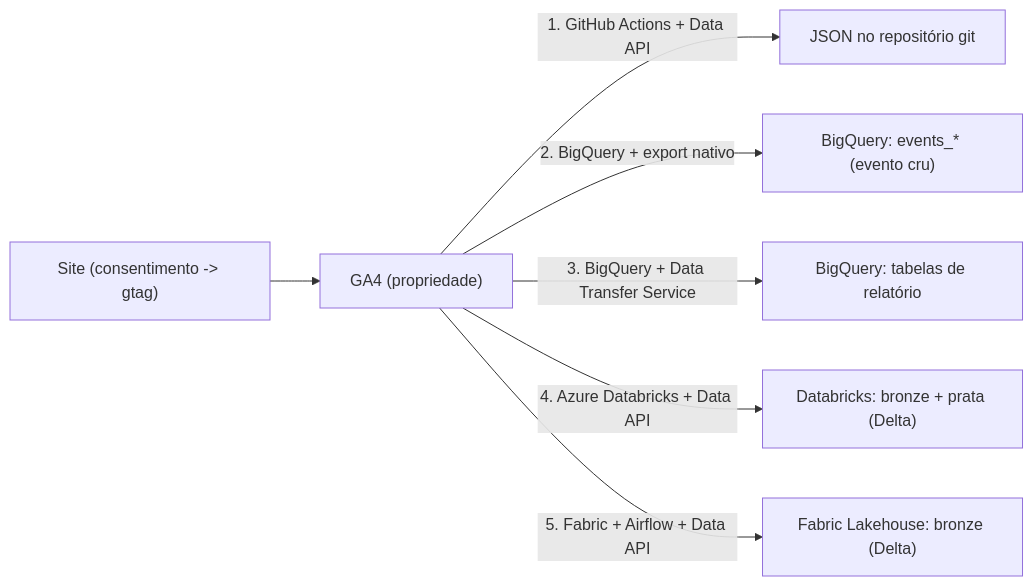
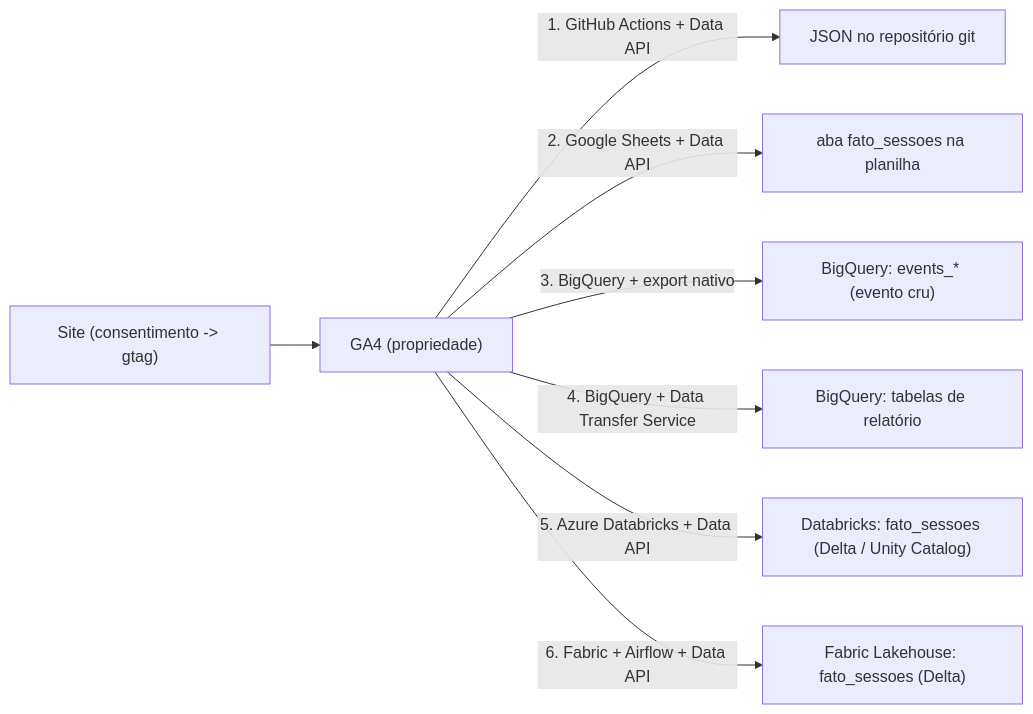
One commit to Lokkoman/cases changed the diagram in ga4-extracao/README.md. Above: the diagram before and after it, drawn with Mermaid. The commit also changed other lines of this file and 25 other files, not shown here.

First line of the commit message:
docs(ga4-extracao): 6 caminhos, Sheets como caminho 2, uma tabela fato_sessoes

````diff
--- a/ga4-extracao/README.md
+++ b/ga4-extracao/README.md
@@ -26,10 +47,11 @@
 ```mermaid
 flowchart LR
   site["Site (consentimento -> gtag)"] --> ga4["GA4 (propriedade)"]
 
   ga4 -->|"1. GitHub Actions + Data API"| api["JSON no repositório git"]
-  ga4 -->|"2. BigQuery + export nativo"| raw["BigQuery: events_* (evento cru)"]
-  ga4 -->|"3. BigQuery + Data Transfer Service"| rep["BigQuery: tabelas de relatório"]
-  ga4 -->|"4. Azure Databricks + Data API"| dbx["Databricks: bronze + prata (Delta)"]
-  ga4 -->|"5. Fabric + Airflow + Data API"| fab["Fabric Lakehouse: bronze (Delta)"]
+  ga4 -->|"2. Google Sheets + Data API"| sh["aba fato_sessoes na planilha"]
+  ga4 -->|"3. BigQuery + export nativo"| raw["BigQuery: events_* (evento cru)"]
+  ga4 -->|"4. BigQuery + Data Transfer Service"| rep["BigQuery: tabelas de relatório"]
+  ga4 -->|"5. Azure Databricks + Data API"| dbx["Databricks: fato_sessoes (Delta / Unity Catalog)"]
+  ga4 -->|"6. Fabric + Airflow + Data API"| fab["Fabric Lakehouse: fato_sessoes (Delta)"]
 ```
````
